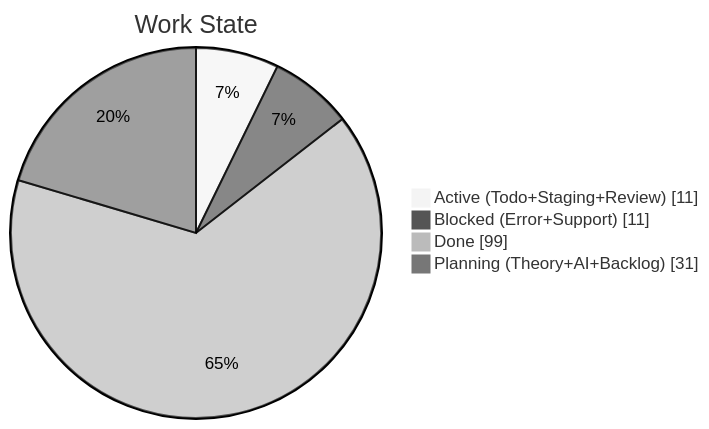
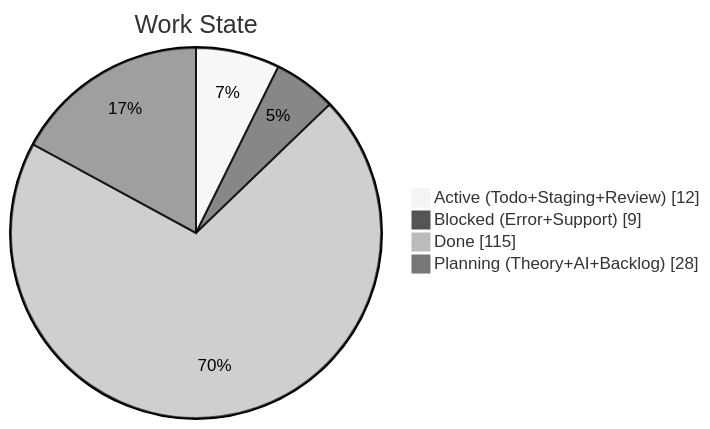
The second of 4 diagrams in apps/kbve/astro-kbve/src/content/docs/dashboard/kanban-data.mdx (KBVE/kbve), drawn with Mermaid (neutral theme) before and after one commit. The commit also changed other lines of this file and 8 other files, not shown here.

````diff
--- a/apps/kbve/astro-kbve/src/content/docs/dashboard/kanban-data.mdx
+++ b/apps/kbve/astro-kbve/src/content/docs/dashboard/kanban-data.mdx
@@ -67,8 +67,8 @@
 ```mermaid
 pie showData
     title Work State
-    "Active (Todo+Staging+Review)" : 11
-    "Blocked (Error+Support)" : 11
-    "Done" : 99
-    "Planning (Theory+AI+Backlog)" : 31
+    "Active (Todo+Staging+Review)" : 12
+    "Blocked (Error+Support)" : 9
+    "Done" : 115
+    "Planning (Theory+AI+Backlog)" : 28
 ```
````
